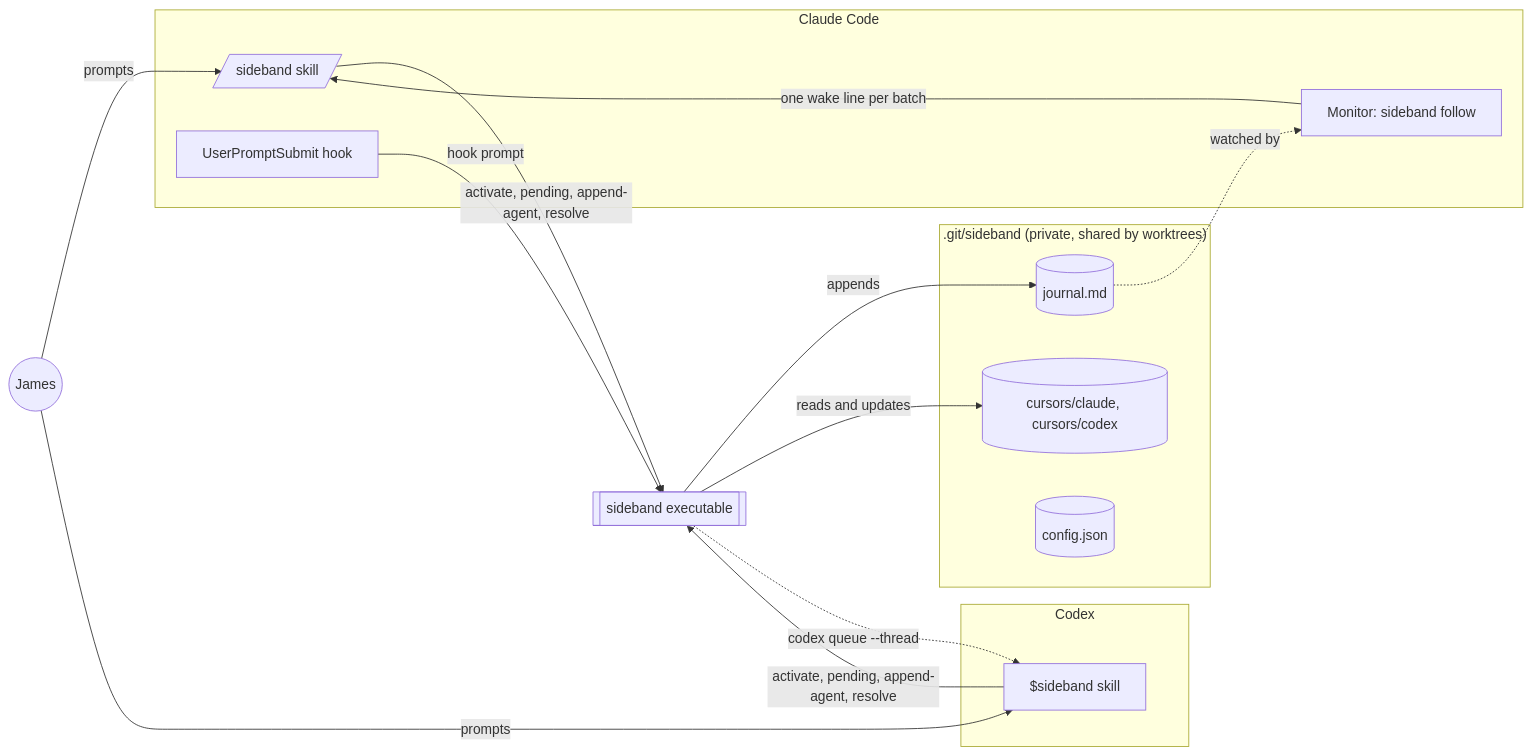
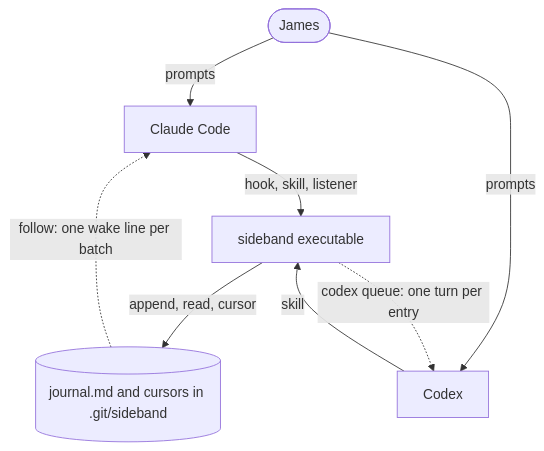
The first of 3 diagrams in README.md (moltenbits/sideband), drawn with Mermaid before and after one commit. The commit also changed other lines of this file, not shown here.

Commit message:
Simplify the README architecture diagram and fix the sequence diagram note

````diff
--- a/README.md
+++ b/README.md
@@ -33,29 +33,16 @@
 ```mermaid
-flowchart LR
-    James((James))
-    subgraph Claude Code
-        CS[/sideband skill/]
-        Hook[UserPromptSubmit hook]
-        Mon[Monitor: sideband follow]
-    end
-    subgraph Codex
-        XS[$sideband skill]
-    end
-    Bin[[sideband executable]]
-    subgraph ".git/sideband (private, shared by worktrees)"
-        J[(journal.md)]
-        C[(cursors/claude, cursors/codex)]
-        Cfg[(config.json)]
-    end
+flowchart TB
+    James(["James"])
+    Claude["Claude Code"]
+    Codex["Codex"]
+    Bin["sideband executable"]
+    Journal[("journal.md and cursors in .git/sideband")]
 
-    James -- prompts --> CS
-    James -- prompts --> XS
-    Hook -- "hook prompt" --> Bin
-    CS -- "activate, pending, append-agent, resolve" --> Bin
-    XS -- "activate, pending, append-agent, resolve" --> Bin
-    Mon -- "one wake line per batch" --> CS
-    Bin -- appends --> J
-    Bin -- reads and updates --> C
-    Bin -. "codex queue --thread <id>" .-> XS
-    J -. watched by .-> Mon
+    James -- prompts --> Claude
+    James -- prompts --> Codex
+    Claude -- "hook, skill, listener" --> Bin
+    Codex -- skill --> Bin
+    Bin -- "append, read, cursor" --> Journal
+    Journal -. "follow: one wake line per batch" .-> Claude
+    Bin -. "codex queue: one turn per entry" .-> Codex
 ```
````
